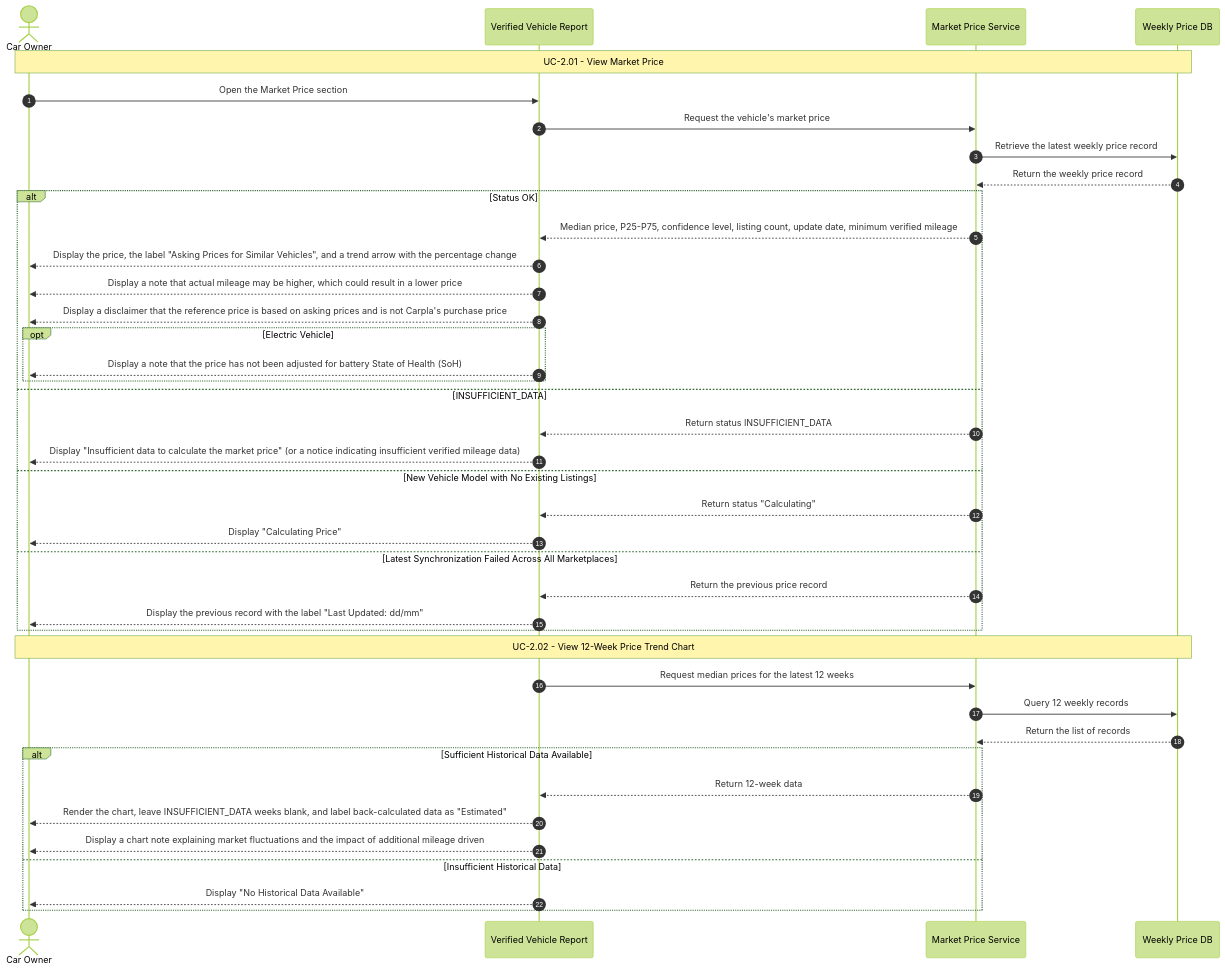
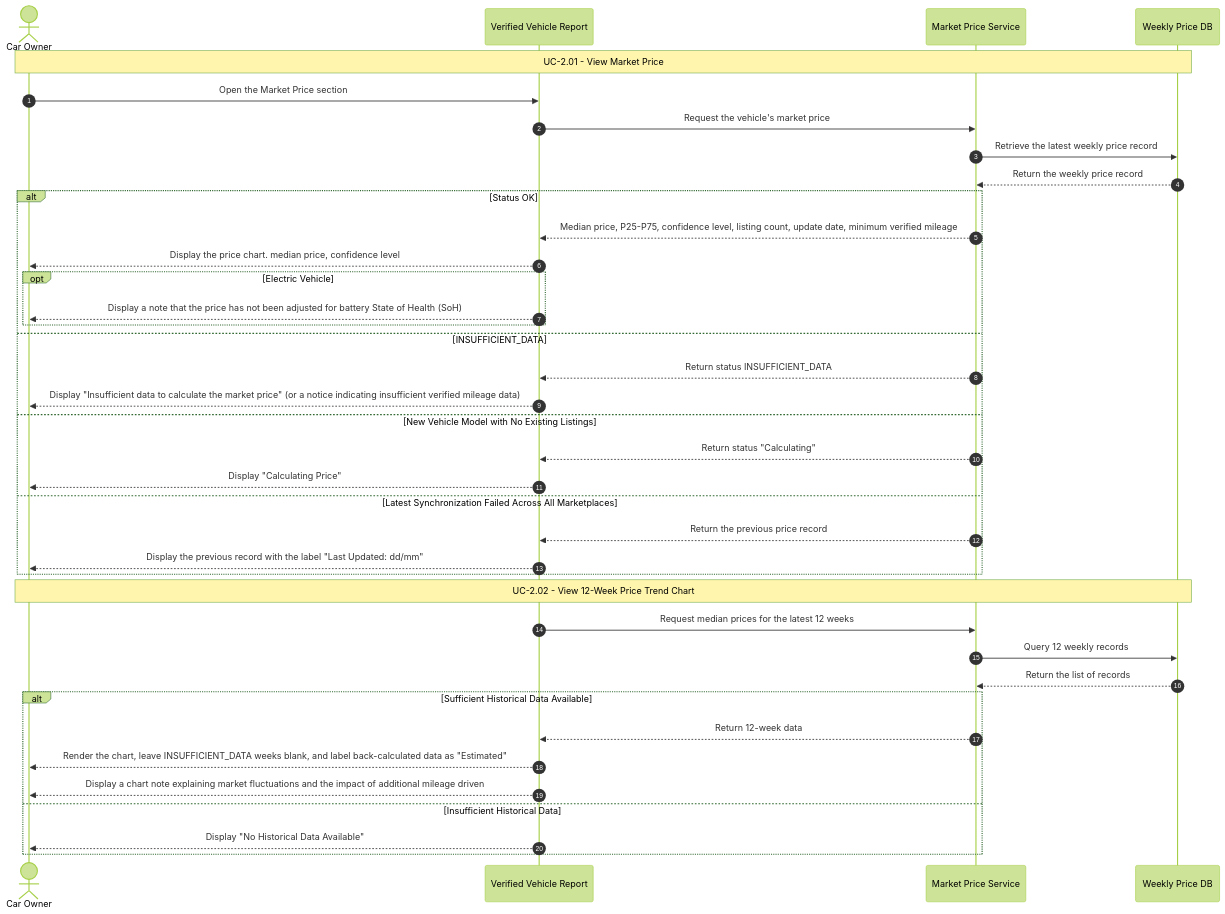
Before and after one commit to giangnhk63db/DBIZ-2_GROUP-A: the diagram in docs/use-case/sequence-diagram/S-05.md, drawn with Mermaid (forest theme).

````diff
--- a/docs/use-case/sequence-diagram/S-05.md
+++ b/docs/use-case/sequence-diagram/S-05.md
@@ -9,46 +9,44 @@
 ```mermaid 
 sequenceDiagram
     autonumber
     actor Owner as Car Owner
     participant App as Verified Vehicle Report
     participant MP as Market Price Service
     participant DB as Weekly Price DB
 
     Note over Owner, DB: UC-2.01 - View Market Price
     Owner->>App: Open the Market Price section
     App->>MP: Request the vehicle's market price
     MP->>DB: Retrieve the latest weekly price record
     DB-->>MP: Return the weekly price record
 
     alt Status OK
         MP-->>App: Median price, P25-P75, confidence level, listing count, update date, minimum verified mileage
-        App-->>Owner: Display the price, the label "Asking Prices for Similar Vehicles", and a trend arrow with the percentage change
-        App-->>Owner: Display a note that actual mileage may be higher, which could result in a lower price
-        App-->>Owner: Display a disclaimer that the reference price is based on asking prices and is not Carpla's purchase price
+        App-->>Owner: Display the price chart. median price, confidence level
         opt Electric Vehicle
             App-->>Owner: Display a note that the price has not been adjusted for battery State of Health (SoH)
         end
     else INSUFFICIENT_DATA
         MP-->>App: Return status INSUFFICIENT_DATA
         App-->>Owner: Display "Insufficient data to calculate the market price" (or a notice indicating insufficient verified mileage data)
     else New Vehicle Model with No Existing Listings
         MP-->>App: Return status "Calculating"
         App-->>Owner: Display "Calculating Price"
     else Latest Synchronization Failed Across All Marketplaces
         MP-->>App: Return the previous price record
         App-->>Owner: Display the previous record with the label "Last Updated: dd/mm"
     end
 
     Note over Owner, DB: UC-2.02 - View 12-Week Price Trend Chart
     App->>MP: Request median prices for the latest 12 weeks
     MP->>DB: Query 12 weekly records
     DB-->>MP: Return the list of records
 
     alt Sufficient Historical Data Available
         MP-->>App: Return 12-week data
         App-->>Owner: Render the chart, leave INSUFFICIENT_DATA weeks blank, and label back-calculated data as "Estimated"
         App-->>Owner: Display a chart note explaining market fluctuations and the impact of additional mileage driven
     else Insufficient Historical Data
         App-->>Owner: Display "No Historical Data Available"
     end
 ```
````
